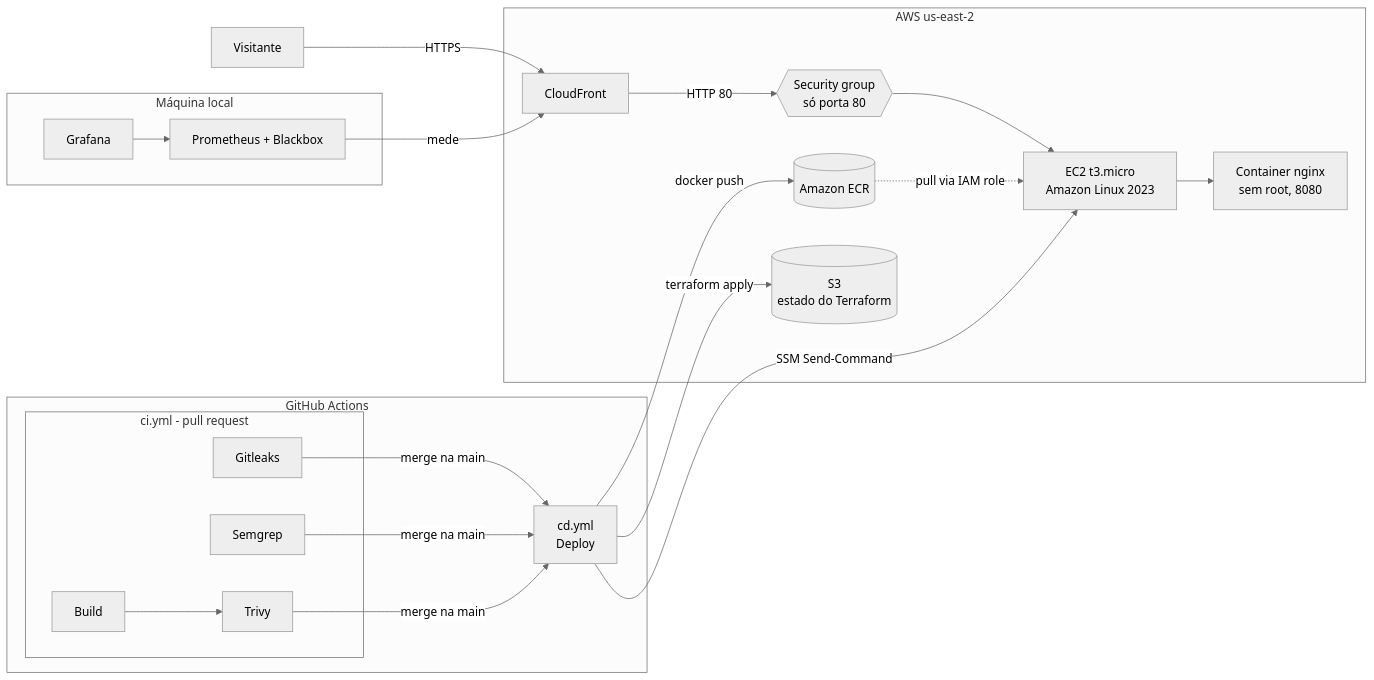
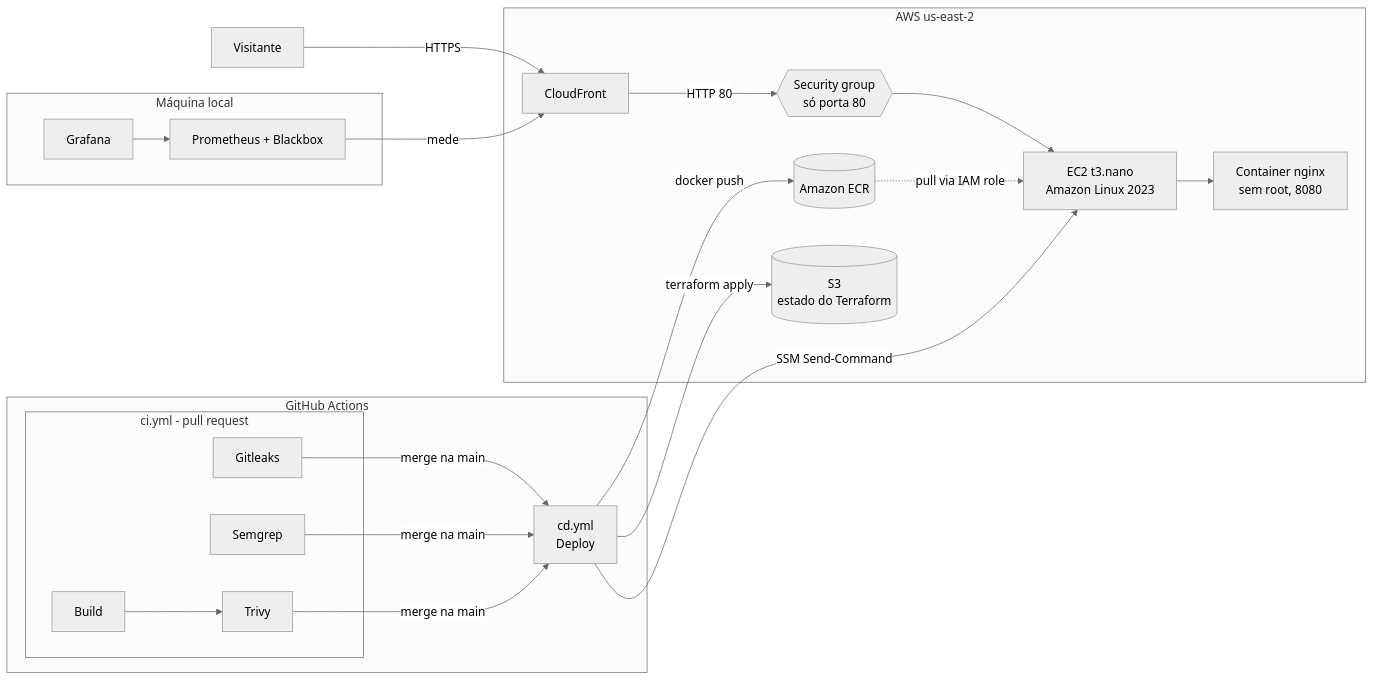
One commit to kaikyalvaro1708/inclui-gs changed the diagram in README.md. Above: the diagram before and after it, drawn with Mermaid (neutral theme). The commit also changed other lines of this file and 4 other files, not shown here.

````diff
--- a/README.md
+++ b/README.md
@@ -28,26 +28,26 @@
 ```mermaid
 flowchart LR
     V[Visitante] -- HTTPS --> CF[CloudFront]
     subgraph AWS us-east-2
         CF -- HTTP 80 --> SG{{Security group<br/>só porta 80}}
-        SG --> EC2[EC2 t3.micro<br/>Amazon Linux 2023]
+        SG --> EC2[EC2 t3.nano<br/>Amazon Linux 2023]
         EC2 --> C[Container nginx<br/>sem root, 8080]
         ECR[(Amazon ECR)] -. pull via IAM role .-> EC2
         S3[(S3<br/>estado do Terraform)]
     end
     subgraph "GitHub Actions"
         subgraph "ci.yml - pull request"
             B[Build] --> T[Trivy]
             GL[Gitleaks]
             SG2[Semgrep]
         end
         GL & SG2 & T -- merge na main --> D[cd.yml<br/>Deploy]
     end
     D -- terraform apply --> S3
     D -- docker push --> ECR
     D -- SSM Send-Command --> EC2
     subgraph Máquina local
         P[Prometheus + Blackbox] -- mede --> CF
         G[Grafana] --> P
     end
 ```
````
